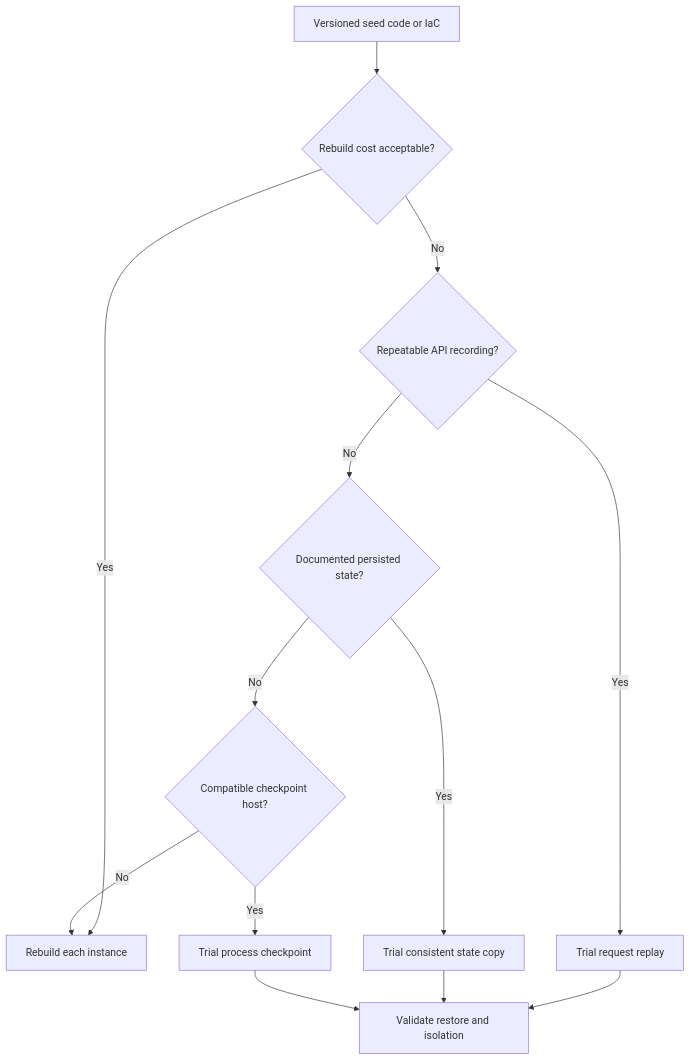
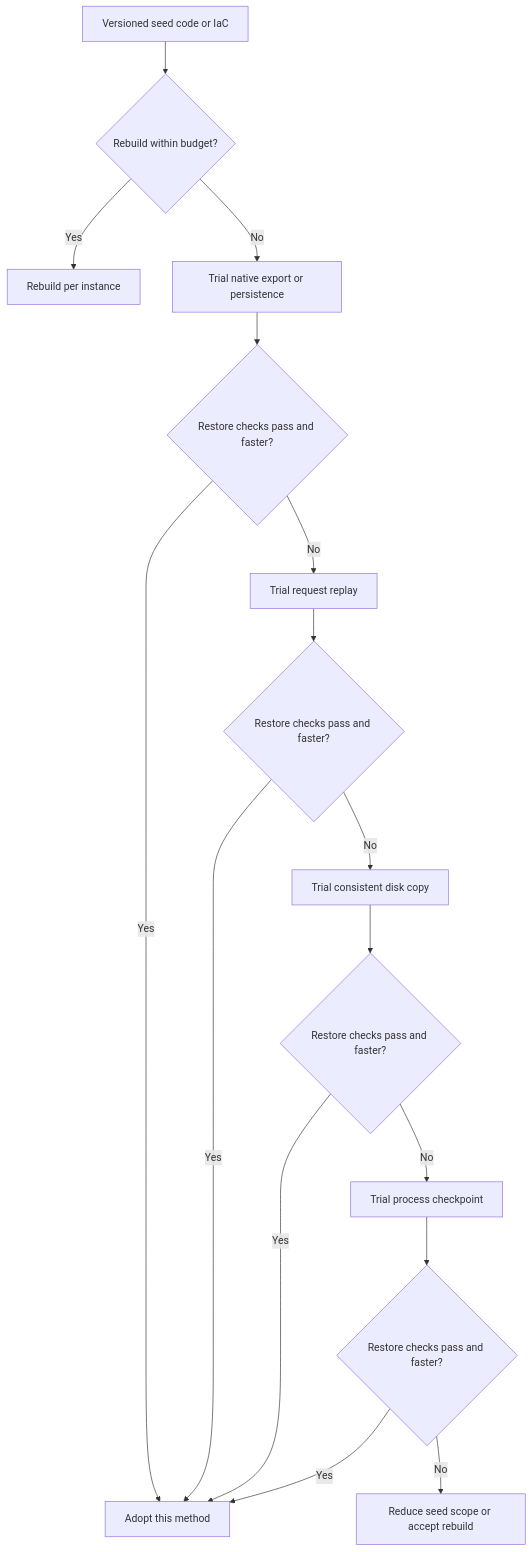
One commit to dmacvicar/awesome-cloud-emulators changed the first of 2 diagrams in docs/reusable-emulator-baselines.md. Above: the diagram before and after it, drawn with Mermaid. The commit also changed other lines of this file and 1 other file, not shown here.

Commit message:
Prioritize native emulator baselines and make restore guidance actionable

````diff
--- a/docs/reusable-emulator-baselines.md
+++ b/docs/reusable-emulator-baselines.md
@@ -11,15 +11,20 @@
 ```mermaid
 flowchart TD
-    A["Versioned seed code or IaC"] --> B{"Rebuild cost acceptable?"}
-    B -->|Yes| C["Rebuild each instance"]
-    B -->|No| D{"Repeatable API recording?"}
-    D -->|Yes| E["Trial request replay"]
-    D -->|No| F{"Documented persisted state?"}
-    F -->|Yes| G["Trial consistent state copy"]
-    F -->|No| H{"Compatible checkpoint host?"}
-    H -->|Yes| I["Trial process checkpoint"]
-    H -->|No| C
-    E --> J["Validate restore and isolation"]
-    G --> J
-    I --> J
+accTitle: Choosing a reusable emulator baseline method
+accDescr: Start with a versioned seed. If rebuilding is too slow, try native export or persistence, then request replay, then a consistent disk copy, then a process checkpoint. Adopt only after restore validation; otherwise move to the next option or simplify the seed.
+    A["Versioned seed code or IaC"] --> B{"Rebuild within budget?"}
+    B -->|Yes| C["Rebuild per instance"]
+    B -->|No| D["Trial native export or persistence"]
+    D --> V{"Restore checks pass and faster?"}
+    V -->|Yes| Y["Adopt this method"]
+    V -->|No| E["Trial request replay"]
+    E --> V2{"Restore checks pass and faster?"}
+    V2 -->|Yes| Y
+    V2 -->|No| F["Trial consistent disk copy"]
+    F --> V3{"Restore checks pass and faster?"}
+    V3 -->|Yes| Y
+    V3 -->|No| G["Trial process checkpoint"]
+    G --> V4{"Restore checks pass and faster?"}
+    V4 -->|Yes| Y
+    V4 -->|No| H["Reduce seed scope or accept rebuild"]
 ```
````
